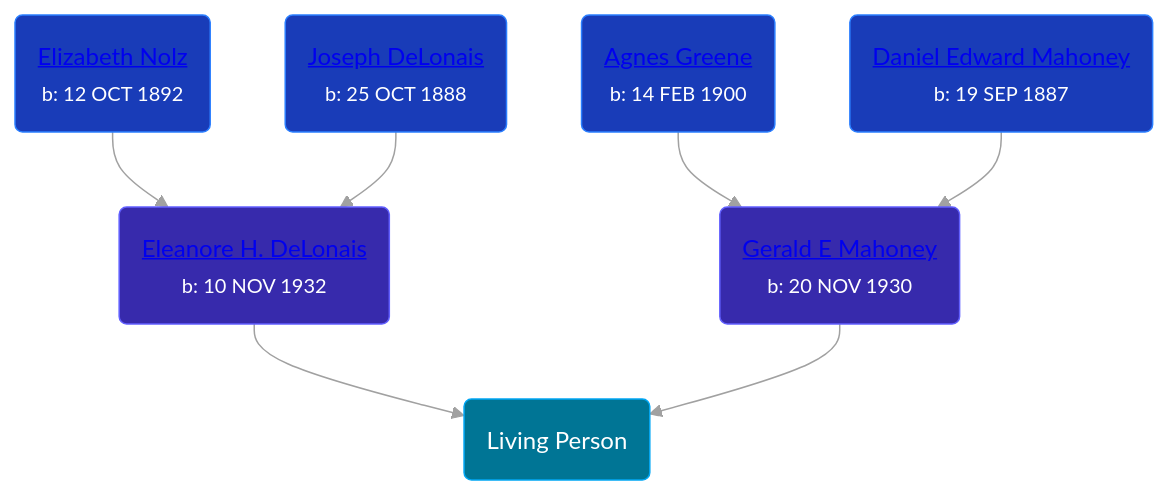
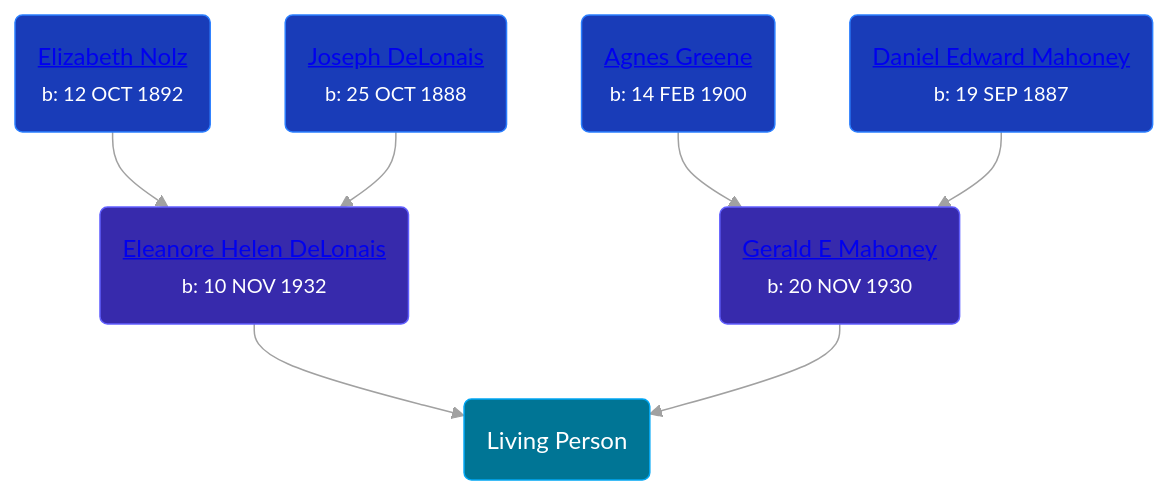
Before and after one commit to wpmgotkh/wpmgotkh.github.io: the diagram in pages/people/5/57716919.md, drawn with Mermaid. The commit also changed other lines of this file and 213 other files, not shown here.

````diff
--- a/pages/people/5/57716919.md
+++ b/pages/people/5/57716919.md
@@ -10,14 +10,14 @@
 ```mermaid
 graph
 classDef grands fill:#193cb8,stroke:#2b7fff,stroke-width:1px,color:#fff;
 classDef parents fill:#372aac,stroke:#615fff,stroke-width:1px,color:#fff;
 classDef primary fill:#007595,stroke:#00a6f4,stroke-width:1px,color:#fff;
 57716919(Living Person):::primary
-45463626(<a class="text-white" href="/people/4/45463626">Eleanore H. DeLonais</a><br /><small>b: 10 NOV 1932</small>):::parents-->57716919
+45463626(<a class="text-white" href="/people/4/45463626">Eleanore Helen DeLonais</a><br /><small>b: 10 NOV 1932</small>):::parents-->57716919
 37387446(<a class="text-white" href="/people/3/37387446">Elizabeth Nolz</a><br /><small>b: 12 OCT 1892</small>):::grands-->45463626
 72748828(<a class="text-white" href="/people/7/72748828">Joseph DeLonais</a><br /><small>b: 25 OCT 1888</small>):::grands-->45463626
 10062624(<a class="text-white" href="/people/1/10062624">Gerald E Mahoney</a><br /><small>b: 20 NOV 1930</small>):::parents-->57716919
 15565254(<a class="text-white" href="/people/1/15565254">Agnes Greene</a><br /><small>b: 14 FEB 1900</small>):::grands-->10062624
 24117676(<a class="text-white" href="/people/2/24117676">Daniel Edward Mahoney</a><br /><small>b: 19 SEP 1887</small>):::grands-->10062624
 linkStyle default stroke:#a1a1a1
 ```
````
